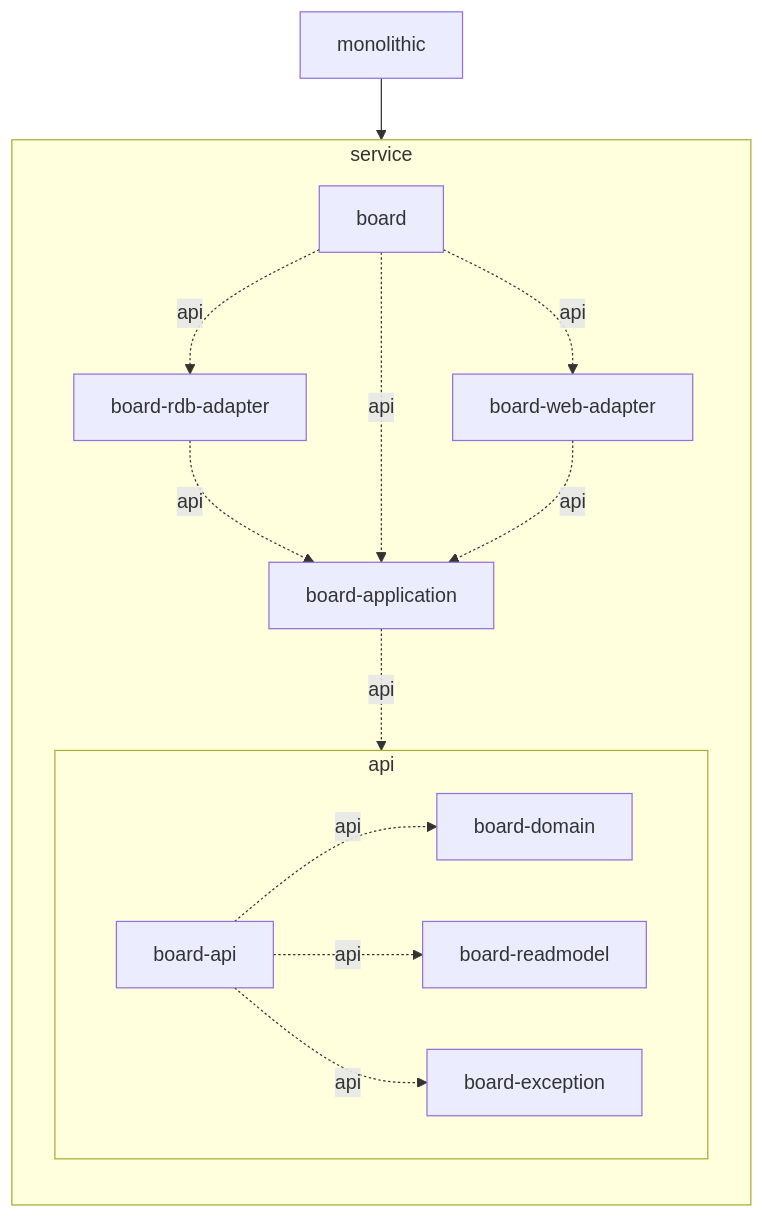
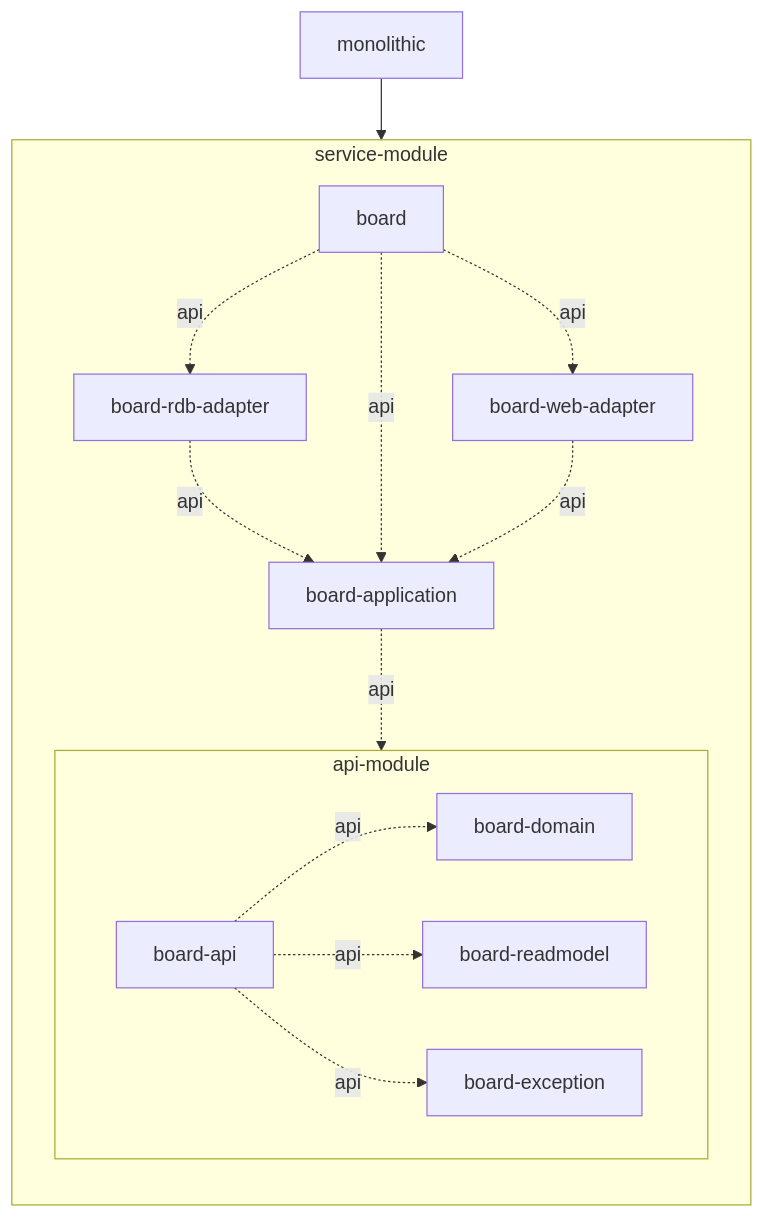
The diagram in README.md (merge-simpson/demo-multimodule), drawn with Mermaid before and after one commit. The commit also changed other lines of this file, not shown here.

Commit message:
docs(readme): add new sections for resource management strategy and module roles

````diff
--- a/README.md
+++ b/README.md
@@ -15,19 +17,19 @@
 ```mermaid
 flowchart TD
     monolithic --> board
     
-    subgraph service 
+    subgraph service-module
         direction TB
 
         board -. api .-> board-rdb-adapter -. api .-> board-application
         board -. api .-> board-application
         board -. api .-> board-web-adapter -. api .-> board-application
         
-        board-application -. api .-> api
+        board-application -. api .-> api-module
 
-        subgraph api
+        subgraph api-module
             direction LR
             board-api -. api .-> board-domain & board-readmodel & board-exception
         end
     end
 ```
````
